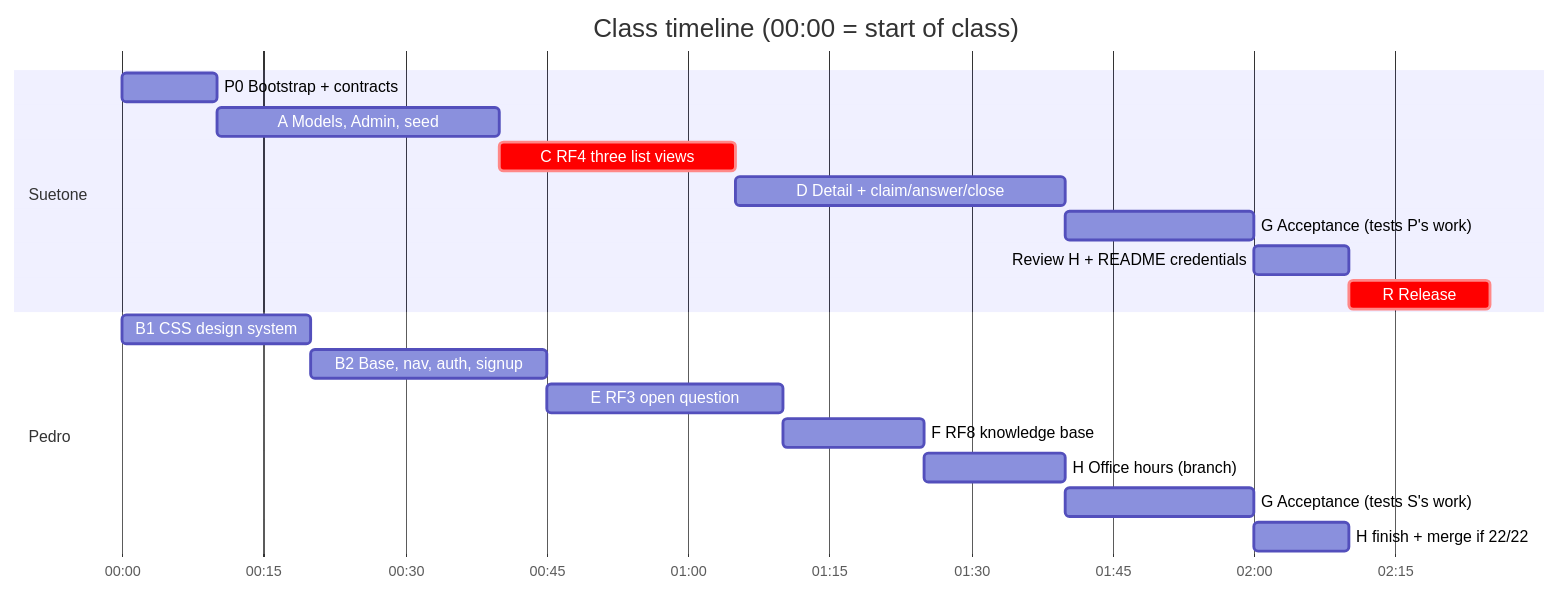
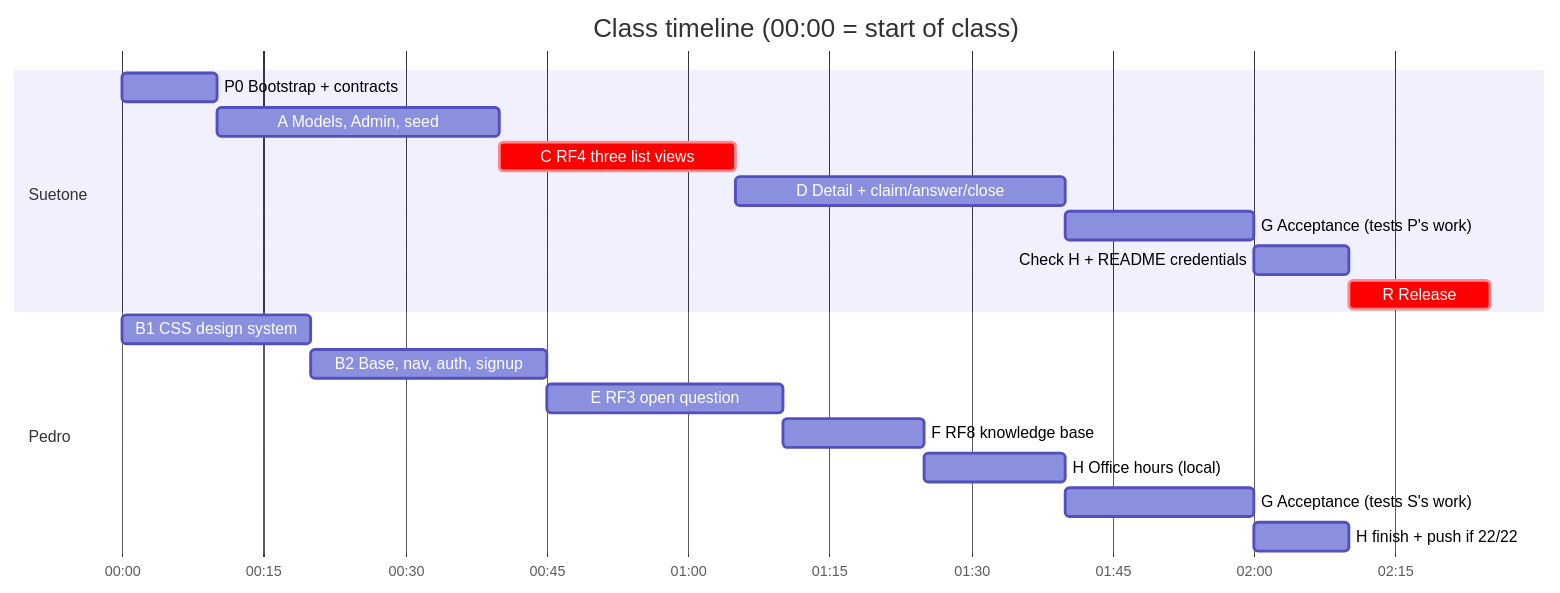
Before and after one commit to SuetoneCarneiro/teaching-assistant-system-rad: the second of 2 diagrams in PLAN.md, drawn with Mermaid. The commit also changed other lines of this file, not shown here.

````diff
--- a/PLAN.md
+++ b/PLAN.md
@@ -388,22 +388,22 @@
 ```mermaid
 gantt
     title Class timeline (00:00 = start of class)
     dateFormat HH:mm
     axisFormat %H:%M
     section Suetone
     P0 Bootstrap + contracts      :s0, 00:00, 10m
     A Models, Admin, seed         :s1, after s0, 30m
     C RF4 three list views        :crit, s2, after s1, 25m
     D Detail + claim/answer/close :s3, after s2, 35m
     G Acceptance (tests P's work) :s4, after s3, 20m
-    Review H + README credentials :s5, after s4, 10m
+    Check H + README credentials :s5, after s4, 10m
     R Release                     :crit, s6, after s5, 15m
     section Pedro
     B1 CSS design system          :p1, 00:00, 20m
     B2 Base, nav, auth, signup    :p2, after p1, 25m
     E RF3 open question           :p3, after p2, 25m
     F RF8 knowledge base          :p4, after p3, 15m
-    H Office hours (branch)       :p5, after p4, 15m
+    H Office hours (local)       :p5, after p4, 15m
     G Acceptance (tests S's work) :p6, 01:40, 20m
-    H finish + merge if 22/22     :p7, after p6, 10m
+    H finish + push if 22/22     :p7, after p6, 10m
 ```
````
